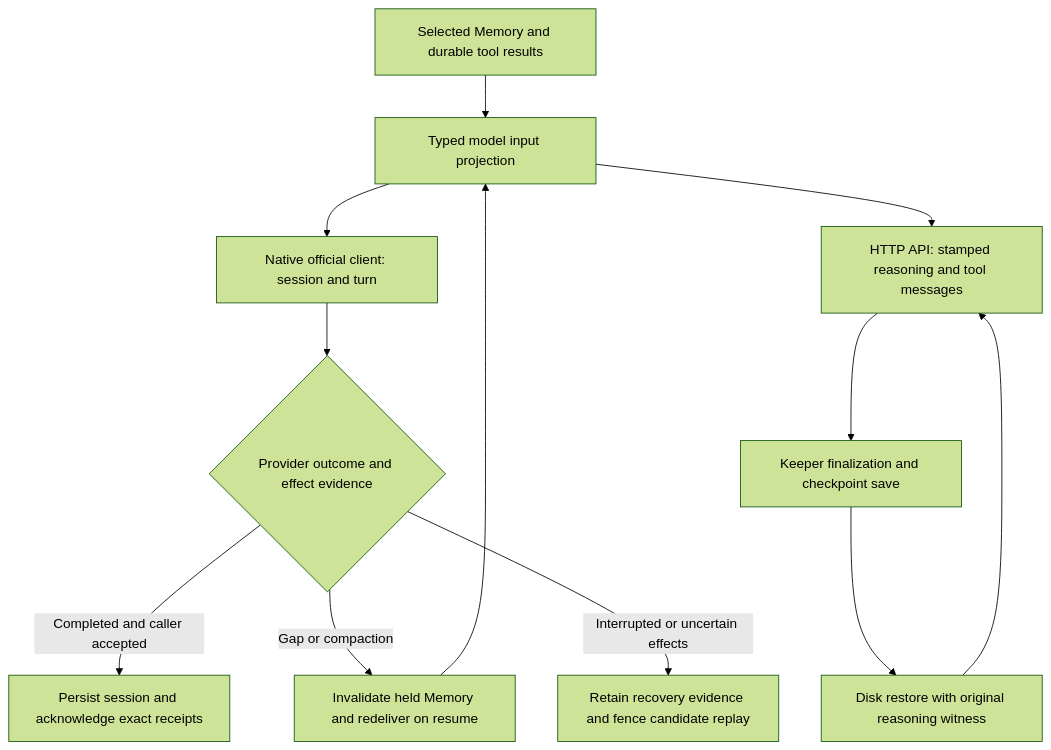
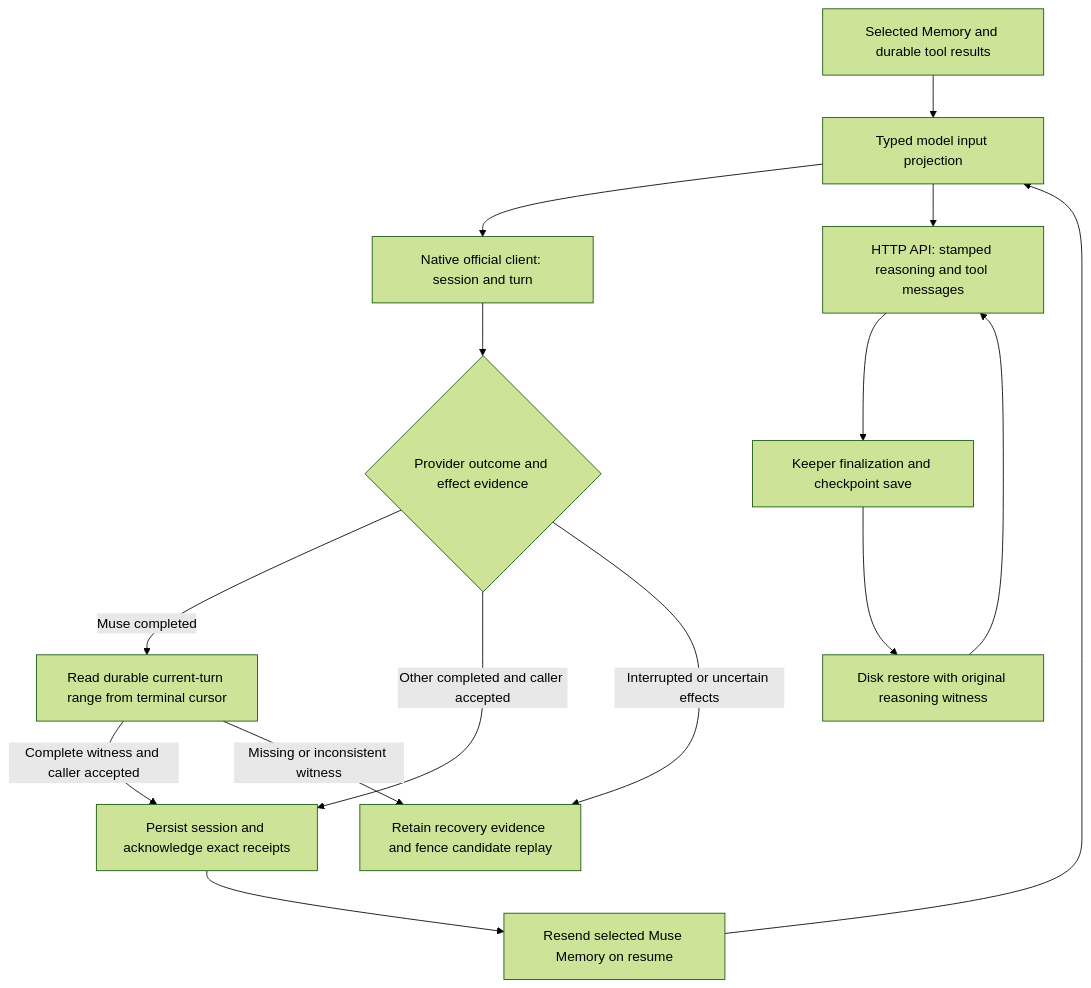
One commit to jeong-sik/masc changed the diagram in docs/reports/official-client-continuity-audit-20261101.md. Above: the diagram before and after it, drawn with Mermaid (forest theme). The commit also changed other lines of this file and 3 other files, not shown here.

````diff
--- a/docs/reports/official-client-continuity-audit-20261101.md
+++ b/docs/reports/official-client-continuity-audit-20261101.md
@@ -35,14 +39,17 @@
 ```mermaid
 flowchart TD
   M[Selected Memory and durable tool results] --> P[Typed model input projection]
   P --> N[Native official client: session and turn]
   P --> A[HTTP API: stamped reasoning and tool messages]
   N --> E{Provider outcome and effect evidence}
-  E -->|Completed and caller accepted| S[Persist session and acknowledge exact receipts]
-  E -->|Gap or compaction| R[Invalidate held Memory and redeliver on resume]
+  E -->|Muse completed| V[Read durable current-turn range from terminal cursor]
+  V -->|Complete witness and caller accepted| S[Persist session and acknowledge exact receipts]
+  V -->|Missing or inconsistent witness| F
+  E -->|Other completed and caller accepted| S
+  S --> R[Resend selected Muse Memory on resume]
   E -->|Interrupted or uncertain effects| F[Retain recovery evidence and fence candidate replay]
   R --> P
   A --> C[Keeper finalization and checkpoint save]
   C --> D[Disk restore with original reasoning witness]
   D --> A
 ```
````
